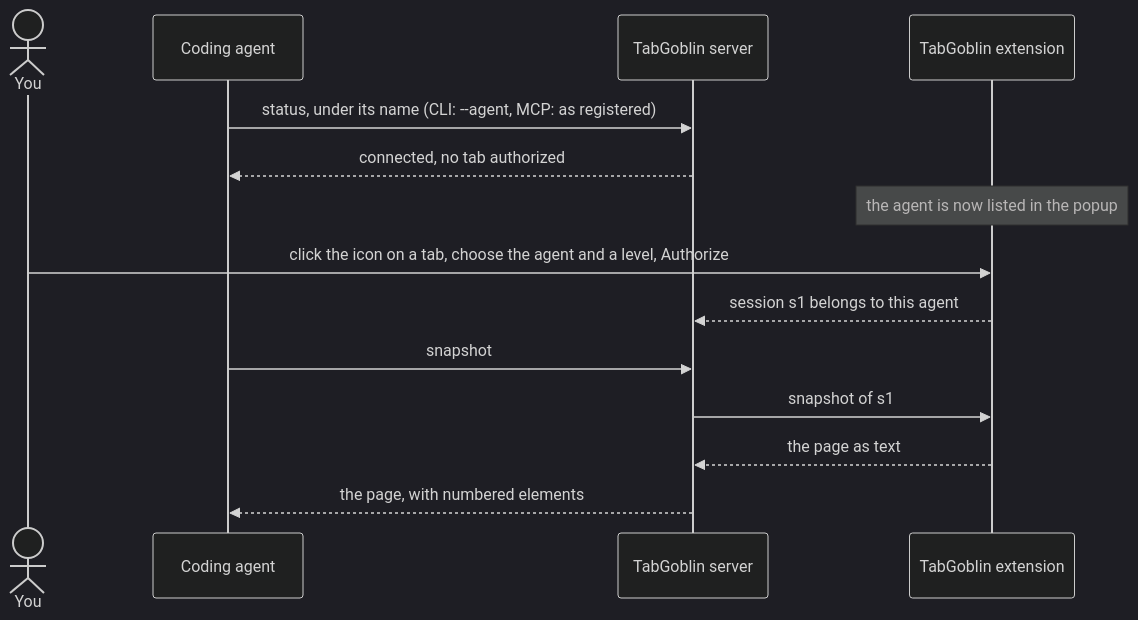
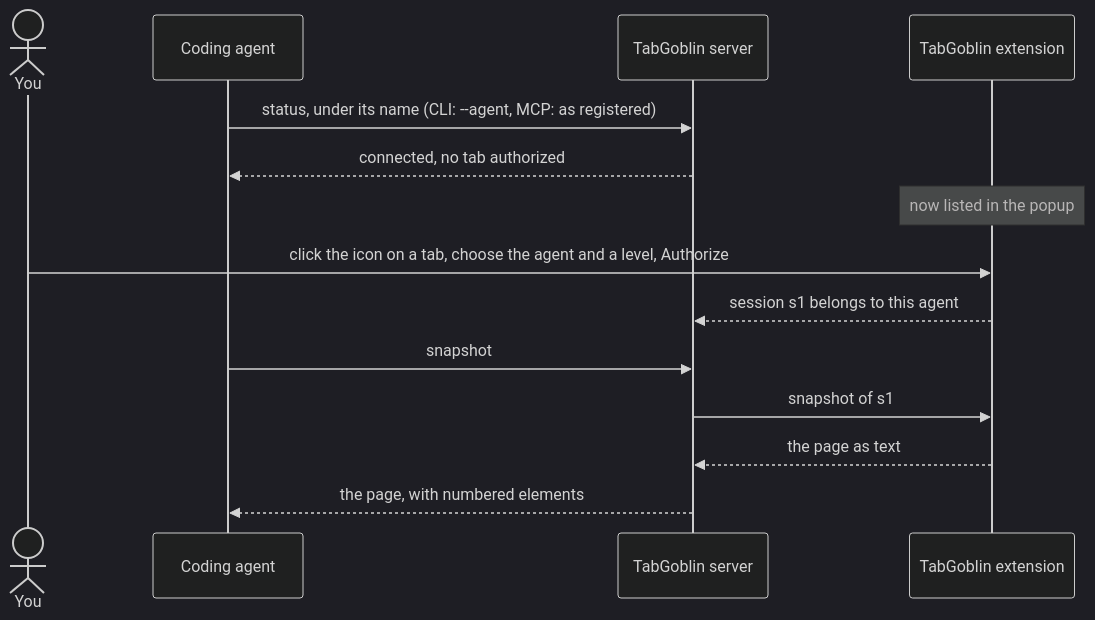
Before and after one commit to LaughingManCommits/TabGoblin: the diagram in docs/installation.md, drawn with Mermaid (dark theme). The commit also changed 7 other files, not shown here.

First line of the commit message:
Every diagram looked at again, and what was wrong in them mended

````diff
--- a/docs/installation.md
+++ b/docs/installation.md
@@ -316,16 +316,16 @@
 ```mermaid
 sequenceDiagram
   actor U as You
   participant A as Coding agent
   participant T as TabGoblin server
   participant X as TabGoblin extension
   A->>T: status, under its name (CLI: --agent, MCP: as registered)
   T-->>A: connected, no tab authorized
-  Note over X: the agent is now listed in the popup
+  Note over X: now listed in the popup
   U->>X: click the icon on a tab, choose the agent and a level, Authorize
   X-->>T: session s1 belongs to this agent
   A->>T: snapshot
   T->>X: snapshot of s1
   X-->>T: the page as text
   T-->>A: the page, with numbered elements
 ```
````
